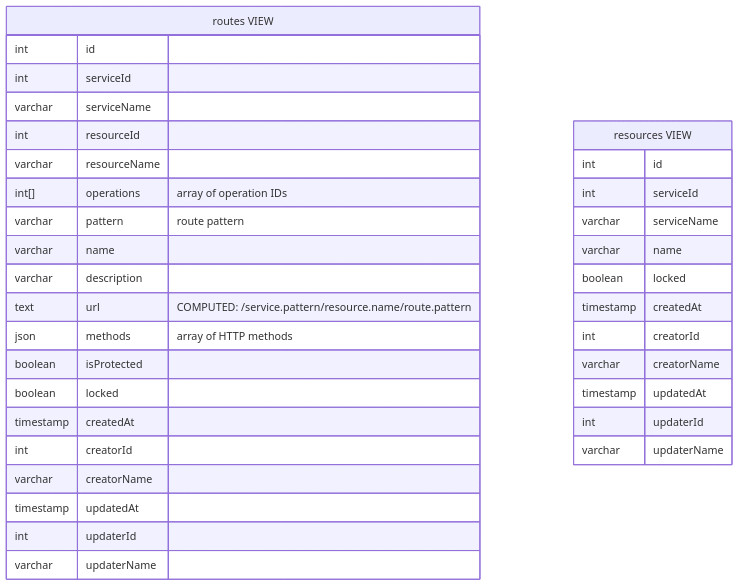
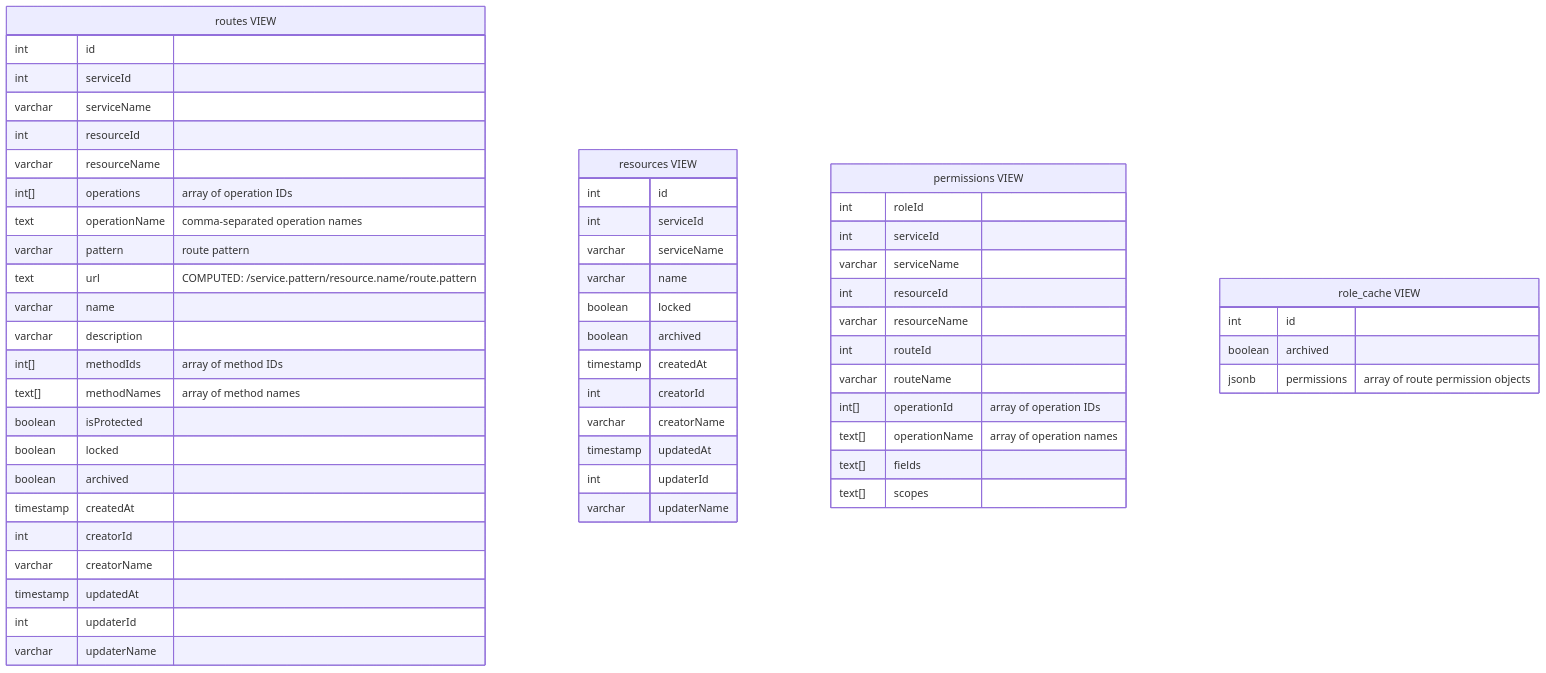
One commit to ALTEN-group/Gatelin changed the diagram in doc/erd-views.md. Above: the diagram before and after it, drawn with Mermaid. The commit also changed 11 other files, not shown here.

Commit message:
feat(db): enhance permission and method structures with scopes

````diff
--- a/doc/erd-views.md
+++ b/doc/erd-views.md
@@ -2,43 +2,67 @@
 ```mermaid
 ---
 caption: Views Entity Relationship Diagram 
 ---
 
 erDiagram
 
   routes["routes VIEW"] {
     int id
     int serviceId
     varchar serviceName
     int resourceId
     varchar resourceName
     int[] operations "array of operation IDs"
+    text operationName "comma-separated operation names"
     varchar pattern "route pattern"
+    text url "COMPUTED: /service.pattern/resource.name/route.pattern"
     varchar name
     varchar description
-    text url "COMPUTED: /service.pattern/resource.name/route.pattern"
-    json methods "array of HTTP methods"
+    int[] methodIds "array of method IDs"
+    text[] methodNames "array of method names"
     boolean isProtected
     boolean locked
+    boolean archived
     timestamp createdAt
     int creatorId
     varchar creatorName
     timestamp updatedAt
     int updaterId
     varchar updaterName
   }
 
   resources["resources VIEW"] {
     int id
     int serviceId
     varchar serviceName
     varchar name
     boolean locked
+    boolean archived
     timestamp createdAt
     int creatorId
     varchar creatorName
     timestamp updatedAt
     int updaterId
     varchar updaterName
   }
+
+  permissions["permissions VIEW"] {
+    int roleId
+    int serviceId
+    varchar serviceName
+    int resourceId
+    varchar resourceName
+    int routeId
+    varchar routeName
+    int[] operationId "array of operation IDs"
+    text[] operationName "array of operation names"
+    text[] fields
+    text[] scopes
+  }
+
+  role_cache["role_cache VIEW"] {
+    int id
+    boolean archived
+    jsonb permissions "array of route permission objects"
+  }
 ```
````
